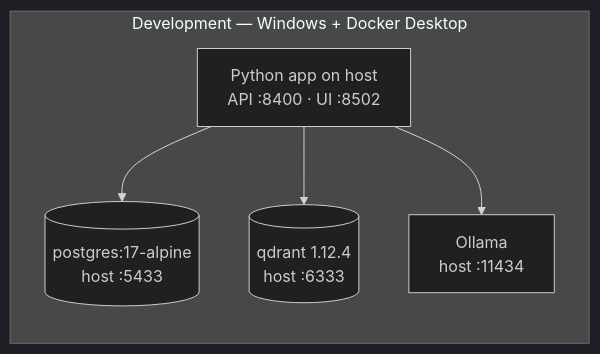
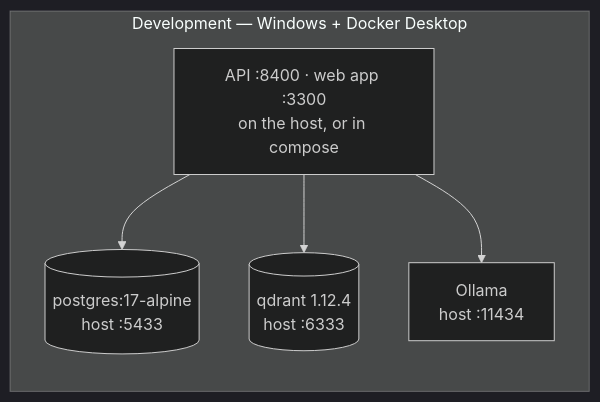
One commit to PreeyasTumulu/MULTIMODAL_AGENTIC_RAG changed the second of 2 diagrams in docs/architecture/overview.md. Above: the diagram before and after it, drawn with Mermaid (dark theme). The commit also changed other lines of this file and 56 other files, not shown here.

````diff
--- a/docs/architecture/overview.md
+++ b/docs/architecture/overview.md
@@ -109,10 +109,10 @@
 ```mermaid
 flowchart LR
     subgraph DEV["Development — Windows + Docker Desktop"]
-        APP["Python app on host<br/>API :8400 · UI :8502"]
+        APP["API :8400 · web app :3300<br/>on the host, or in compose"]
         PGD[("postgres:17-alpine<br/>host :5433")]
         QDD[("qdrant 1.12.4<br/>host :6333")]
         OLL["Ollama<br/>host :11434"]
         APP --> PGD & QDD & OLL
     end
 ```
````
